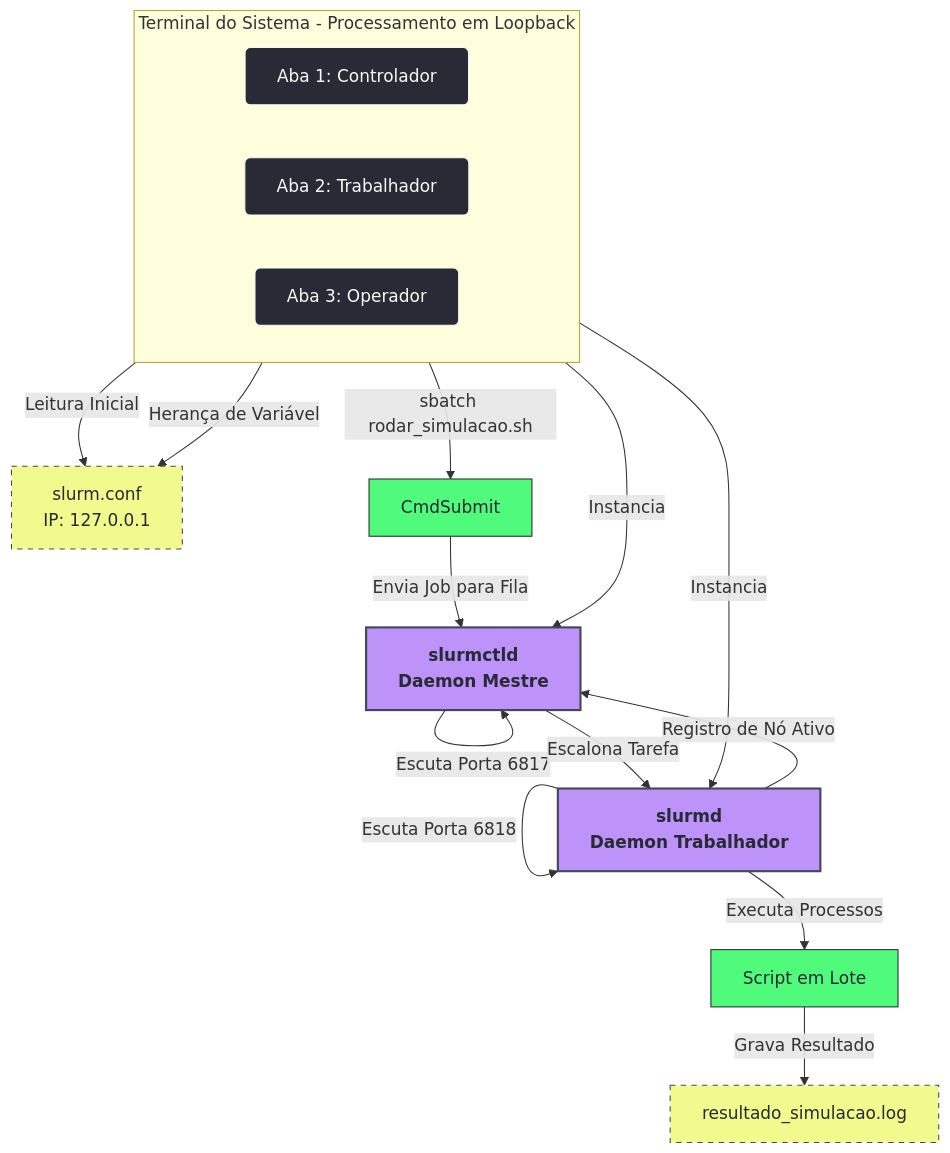
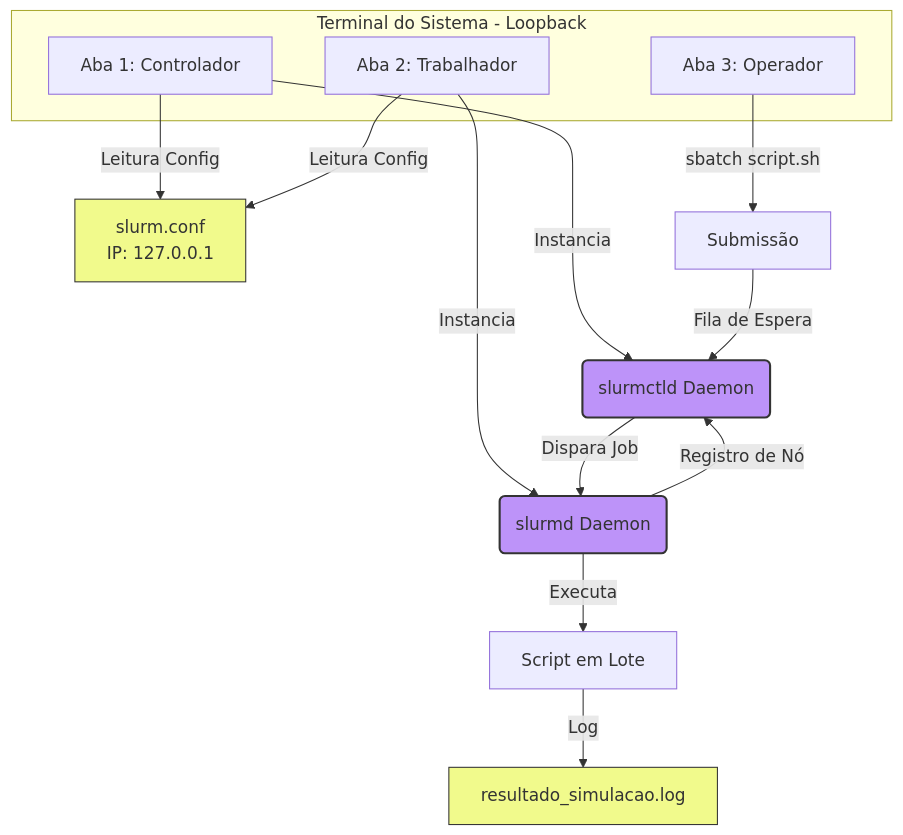
Before and after one commit to m4halic3/slurm-local-template: the diagram in README.md, drawn with Mermaid. The commit also changed other lines of this file and 1 other file, not shown here.

Commit message:
Atualizando documentação de passo a passo de comandos do shell

````diff
--- a/README.md
+++ b/README.md
@@ -40,37 +40,29 @@
 ```mermaid
 graph TD
-    %% Estilos Gerais do Diagrama
-    classDef arquivo fill:#f1fa8c,stroke:#44475a,stroke-width:1px,color:#282a36,stroke-dasharray: 5 5;
-    classDef daemon fill:#bd93f9,stroke:#44475a,stroke-width:2px,color:#282a36,font-weight:bold;
-    classDef terminal fill:#282a36,stroke:#f8f8f2,stroke-width:1px,color:#f8f8f2,rx:5,ry:5;
-    classDef comando fill:#50fa7b,stroke:#282a36,stroke-width:1px,color:#282a36;
+    Conf[slurm.conf <br> IP: 127.0.0.1]
 
-    %% Elementos de Configuração Interna
-    Conf[slurm.conf<br>IP: 127.0.0.1]:::arquivo
-
-    %% Estrutura das Abas do Terminal
-    subgraph Terminal [Terminal do Sistema - Processamento em Loopback]
-        direction LR
-        Aba1[Aba 1: Controlador]:::terminal
-        Aba2[Aba 2: Trabalhador]:::terminal
-        Aba3[Aba 3: Operador]:::terminal
+    subgraph Terminal [Terminal do Sistema - Loopback]
+        Aba1[Aba 1: Controlador]
+        Aba2[Aba 2: Trabalhador]
+        Aba3[Aba 3: Operador]
     end
 
-    %% Processos da Aba 1 (Mestre)
-    Aba1 -->|Leitura Inicial| Conf
-    Aba1 -->|Instancia| Mestre[slurmctld<br>Daemon Mestre]:::daemon
-    Mestre -->|Escuta Porta 6817| Mestre
+    Aba1 -->|Leitura Config| Conf
+    Aba1 -->|Instancia| Mestre(slurmctld Daemon)
+    
+    Aba2 -->|Leitura Config| Conf
+    Aba2 -->|Instancia| No(slurmd Daemon)
+    
+    No -->|Registro de Nó| Mestre
 
-    %% Processos da Aba 2 (Nó Trabalhador)
-    Aba2 -->|Herança de Variável| Conf
-    Aba2 -->|Instancia| No[slurmd<br>Daemon Trabalhador]:::daemon
-    No -->|Registro de Nó Ativo| Mestre
-    No -->|Escuta Porta 6818| No
+    Aba3 -->|sbatch script.sh| Cmd[Submissão]
+    Cmd -->|Fila de Espera| Mestre
+    Mestre -->|Dispara Job| No
+    No -->|Executa| Script[Script em Lote]
+    Script -->|Log| LogOut[resultado_simulacao.log]
 
-    %% Processos da Aba 3 (Submissão e Saída)
-    Aba3 -->|sbatch rodar_simulacao.sh| CmdSubmit:::comando
-    CmdSubmit -->|Envia Job para Fila| Mestre
-    Mestre -->|Escalona Tarefa| No
-    No -->|Executa Processos| ScriptExec[Script em Lote]:::comando
-    ScriptExec -->|Grava Resultado| LogOut[resultado_simulacao.log]:::arquivo
+    style Conf fill:#f1fa8c,stroke:#333,stroke-width:1px
+    style Mestre fill:#bd93f9,stroke:#333,stroke-width:2px
+    style No fill:#bd93f9,stroke:#333,stroke-width:2px
+    style LogOut fill:#f1fa8c,stroke:#333,stroke-width:1px
 ```
````
